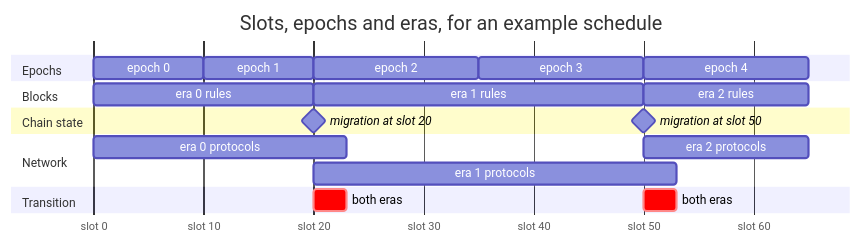
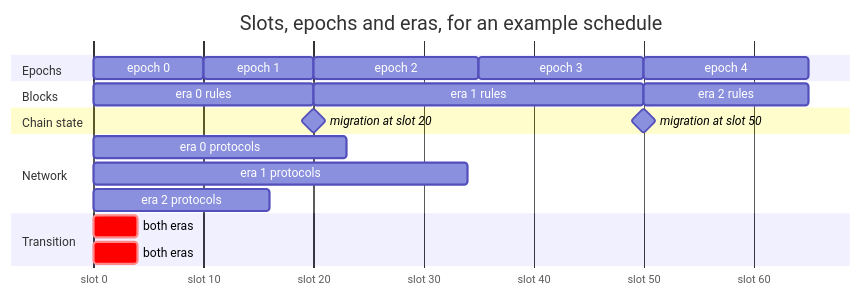
One commit to logos-co/logos-lips changed the first of 7 diagrams in docs/blockchain/raw/bedrock-eras.md. Above: the diagram before and after it, drawn with Mermaid. The commit also changed other lines of this file and 1 other file, not shown here.

Commit message:
docs(blockchain): open the next era and Blend epoch a two-second clock slack before they begin

````diff
--- a/docs/blockchain/raw/bedrock-eras.md
+++ b/docs/blockchain/raw/bedrock-eras.md
@@ -36,34 +37,34 @@
 ```mermaid
 ---
 displayMode: compact
 config:
   gantt:
     useWidth: 800
 ---
 gantt
     title Slots, epochs and eras, for an example schedule
     dateFormat X
     axisFormat slot %s
     tickInterval 10second
     todayMarker off
     section Epochs
         epoch 0 : p0, 0, 10s
         epoch 1 : p1, after p0, 10s
         epoch 2 : p2, after p1, 15s
         epoch 3 : p3, after p2, 15s
         epoch 4 : p4, after p3, 15s
     section Blocks
         era 0 rules : r0, 0, 20s
         era 1 rules : r1, after r0, 30s
         era 2 rules : r2, after r1, 15s
     section Chain state
         migration at slot 20 : milestone, m1, after r0, 0s
         migration at slot 50 : milestone, m2, after r1, 0s
     section Network
         era 0 protocols : n0, 0, 23s
-        era 1 protocols : n1, after r0, 33s
-        era 2 protocols : n2, after r1, 15s
+        era 1 protocols : n1, 19, 34s
+        era 2 protocols : n2, 49, 16s
     section Transition
-        both eras : crit, t1, after r0, 3s
-        both eras : crit, t2, after r1, 3s
+        both eras : crit, t1, 19, 4s
+        both eras : crit, t2, 49, 4s
 ```
````
